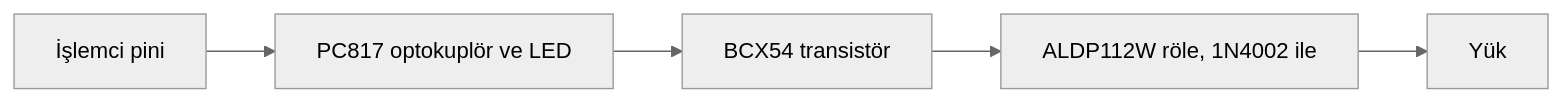
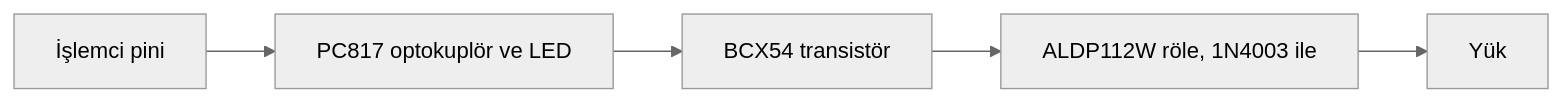
The sixth of 6 diagrams in README.tr.md (meyubcan/stm32-4s-bms-home-automation), drawn with Mermaid (neutral theme) before and after one commit. The commit also changed other lines of this file and 6 other files, not shown here.

````diff
--- a/README.tr.md
+++ b/README.tr.md
@@ -148,4 +159,4 @@
 ```mermaid
 flowchart LR
-    P[İşlemci pini] --> OK[PC817 optokuplör ve LED] --> T[BCX54 transistör] --> K[ALDP112W röle, 1N4002 ile] --> Y[Yük]
+    P[İşlemci pini] --> OK[PC817 optokuplör ve LED] --> T[BCX54 transistör] --> K[ALDP112W röle, 1N4003 ile] --> Y[Yük]
 ```
````
